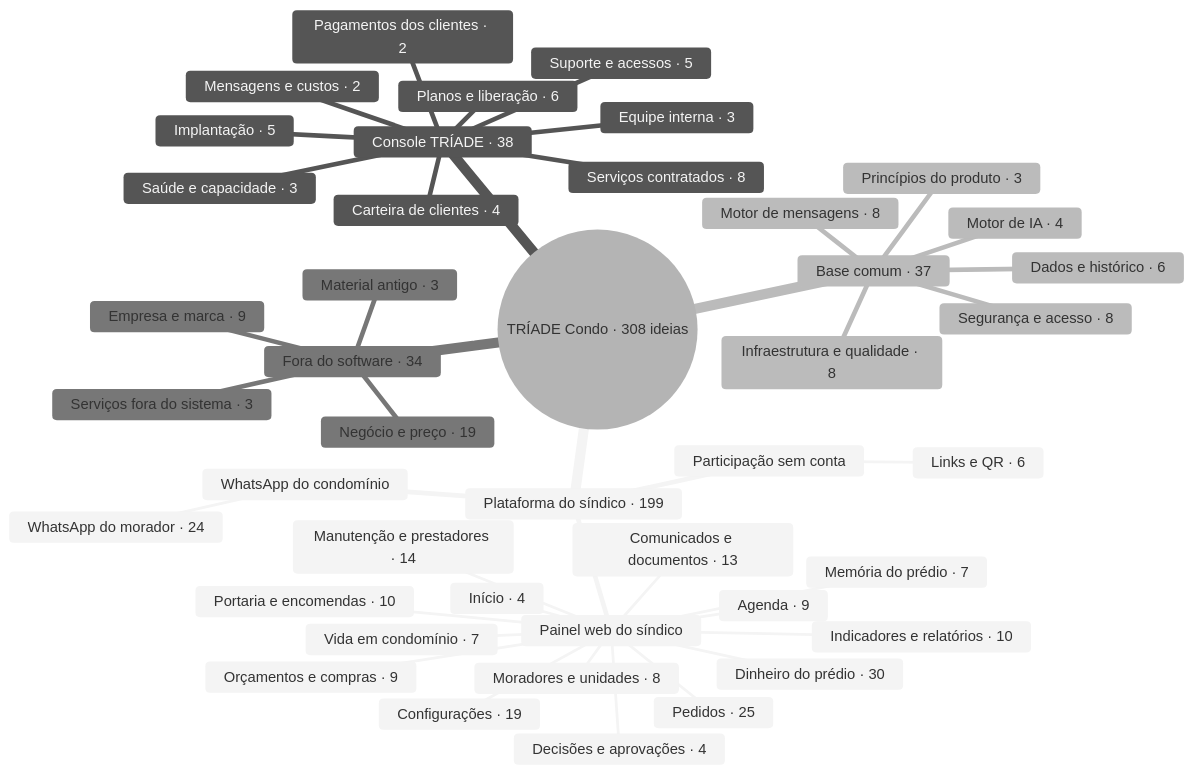
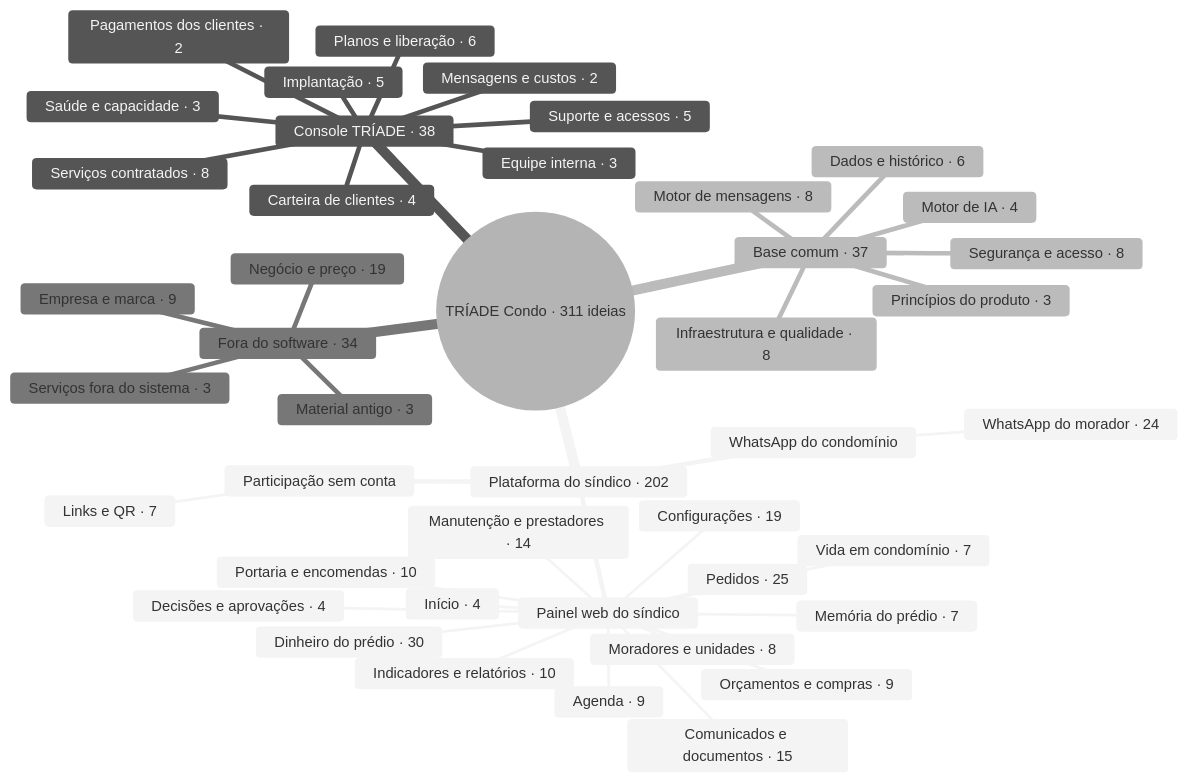
The diagram in triade-condo/MAPA.md (triade-prog/triade-condo), drawn with Mermaid (neutral theme) before and after one commit. The commit also changed other lines of this file and 5 other files, not shown here.

First line of the commit message:
Ideias da Carolina: mural online e comunicados e documentos por e-mail (CD-12 a CD-14)

````diff
--- a/triade-condo/MAPA.md
+++ b/triade-condo/MAPA.md
@@ -20,46 +20,46 @@
 ```mermaid
 mindmap
-  root((TRÍADE Condo · 308 ideias))
-    Plataforma do síndico · 199
+  root((TRÍADE Condo · 311 ideias))
+    Plataforma do síndico · 202
       Painel web do síndico
         Início · 4
         Pedidos · 25
         Decisões e aprovações · 4
         Moradores e unidades · 8
-        Comunicados e documentos · 13
+        Comunicados e documentos · 15
         Manutenção e prestadores · 14
         Agenda · 9
         Orçamentos e compras · 9
         Dinheiro do prédio · 30
         Portaria e encomendas · 10
         Vida em condomínio · 7
         Indicadores e relatórios · 10
         Memória do prédio · 7
         Configurações · 19
       WhatsApp do condomínio
         WhatsApp do morador · 24
       Participação sem conta
-        Links e QR · 6
+        Links e QR · 7
     Console TRÍADE · 38
       Carteira de clientes · 4
       Implantação · 5
       Planos e liberação · 6
       Pagamentos dos clientes · 2
       Suporte e acessos · 5
       Serviços contratados · 8
       Equipe interna · 3
       Saúde e capacidade · 3
       Mensagens e custos · 2
     Base comum · 37
       Segurança e acesso · 8
       Dados e histórico · 6
       Motor de mensagens · 8
       Infraestrutura e qualidade · 8
       Princípios do produto · 3
       Motor de IA · 4
     Fora do software · 34
       Serviços fora do sistema · 3
       Negócio e preço · 19
       Empresa e marca · 9
       Material antigo · 3
 ```
````
